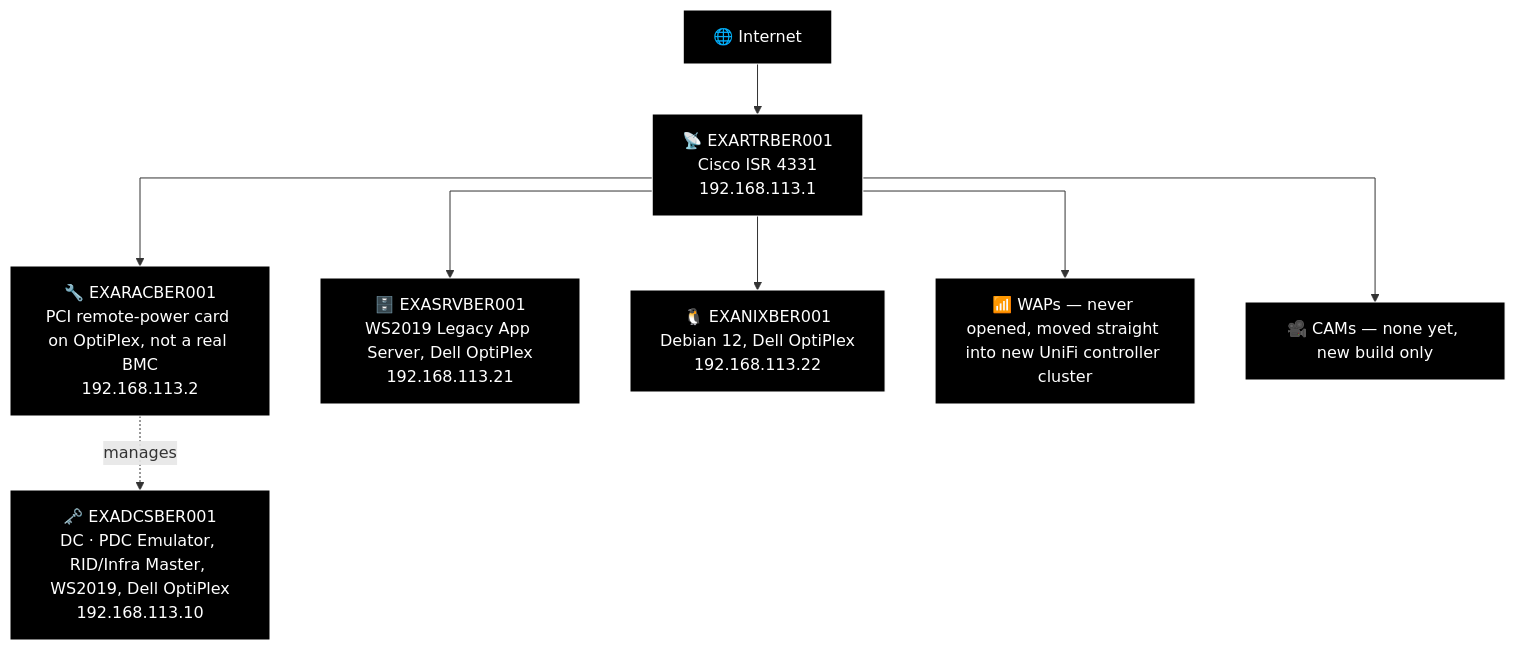
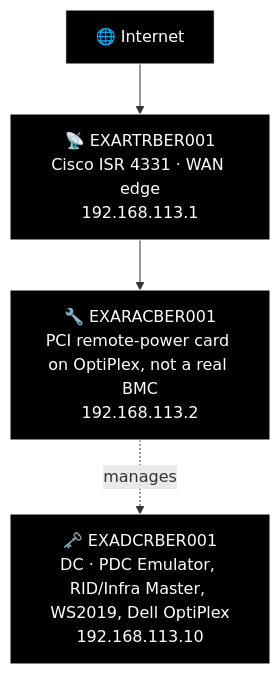
One commit to knightmare2600/example_music_infra changed the fourth of 13 diagrams in docs/network-diagram/deutschland.md. Above: the diagram before and after it, drawn with Mermaid. The commit also changed other lines of this file and 8 other files, not shown here.

````diff
--- a/docs/network-diagram/deutschland.md
+++ b/docs/network-diagram/deutschland.md
@@ -181,30 +178,18 @@
 ```mermaid
+%% GENERATED:OLDNETWORK:BER:START
 %%{init: {'flowchart': {'curve': 'stepAfter'}}}%%
 graph TD
     O_INET["🌐 Internet"]
-    O_RTR["📡 EXARTRBER001<br/>Cisco ISR 4331<br/>192.168.113.1"]
+    O_RTR["📡 EXARTRBER001<br/>Cisco ISR 4331 · WAN edge<br/>192.168.113.1"]
+    O_DCR["🗝️ EXADCRBER001<br/>DC · PDC Emulator, RID/Infra Master, WS2019, Dell OptiPlex<br/>192.168.113.10"]
+    O_RAC["🔧 EXARACBER001<br/>PCI remote-power card on OptiPlex, not a real BMC<br/>192.168.113.2"]
     O_INET --> O_RTR
-
-    O_RAC["🔧 EXARACBER001<br/>PCI remote-power card on OptiPlex, not a real BMC<br/>192.168.113.2"]
-    O_DC["🗝️ EXADCSBER001<br/>DC · PDC Emulator, RID/Infra Master, WS2019, Dell OptiPlex<br/>192.168.113.10"]
     O_RTR --> O_RAC
-    O_RAC -.->|"manages"| O_DC
-
-    O_SRV["🗄️ EXASRVBER001<br/>WS2019 Legacy App Server, Dell OptiPlex<br/>192.168.113.21"]
-    O_NIX["🐧 EXANIXBER001<br/>Debian 12, Dell OptiPlex<br/>192.168.113.22"]
-    O_WAP["📶 WAPs — never opened, moved straight into new UniFi controller cluster"]
-    O_CAM["🎥 CAMs — none yet, new build only"]
-    O_RTR --> O_SRV
-    O_RTR --> O_NIX
-    O_RTR --> O_WAP
-    O_RTR --> O_CAM
+    O_RAC -.->|"manages"| O_DCR
 
     style O_INET fill:#000000,stroke:#FFFFFF,color:#FFFFFF
     style O_RTR fill:#000000,stroke:#FFFFFF,color:#FFFFFF
+    style O_DCR fill:#000000,stroke:#FFFFFF,color:#FFFFFF
     style O_RAC fill:#000000,stroke:#FFFFFF,color:#FFFFFF
-    style O_DC fill:#000000,stroke:#FFFFFF,color:#FFFFFF
-    style O_SRV fill:#000000,stroke:#FFFFFF,color:#FFFFFF
-    style O_NIX fill:#000000,stroke:#FFFFFF,color:#FFFFFF
-    style O_WAP fill:#000000,stroke:#FFFFFF,color:#FFFFFF
-    style O_CAM fill:#000000,stroke:#FFFFFF,color:#FFFFFF
+%% GENERATED:OLDNETWORK:BER:END
 ```
````
